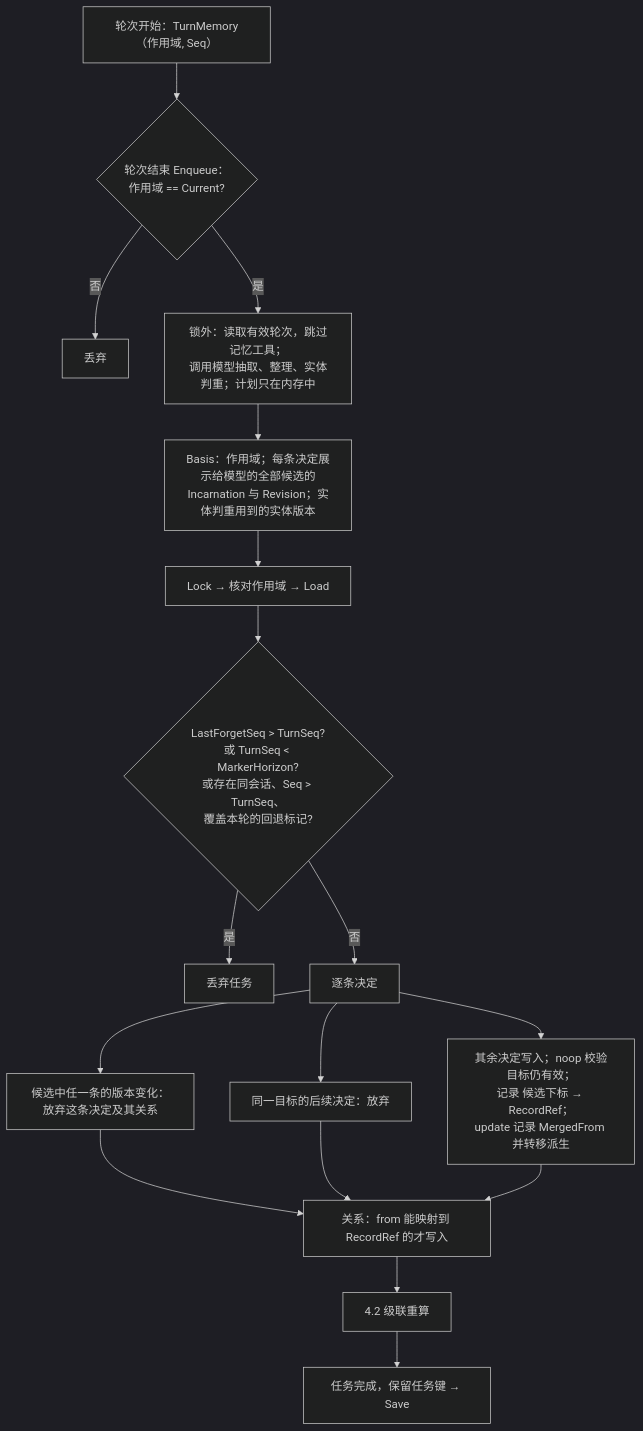
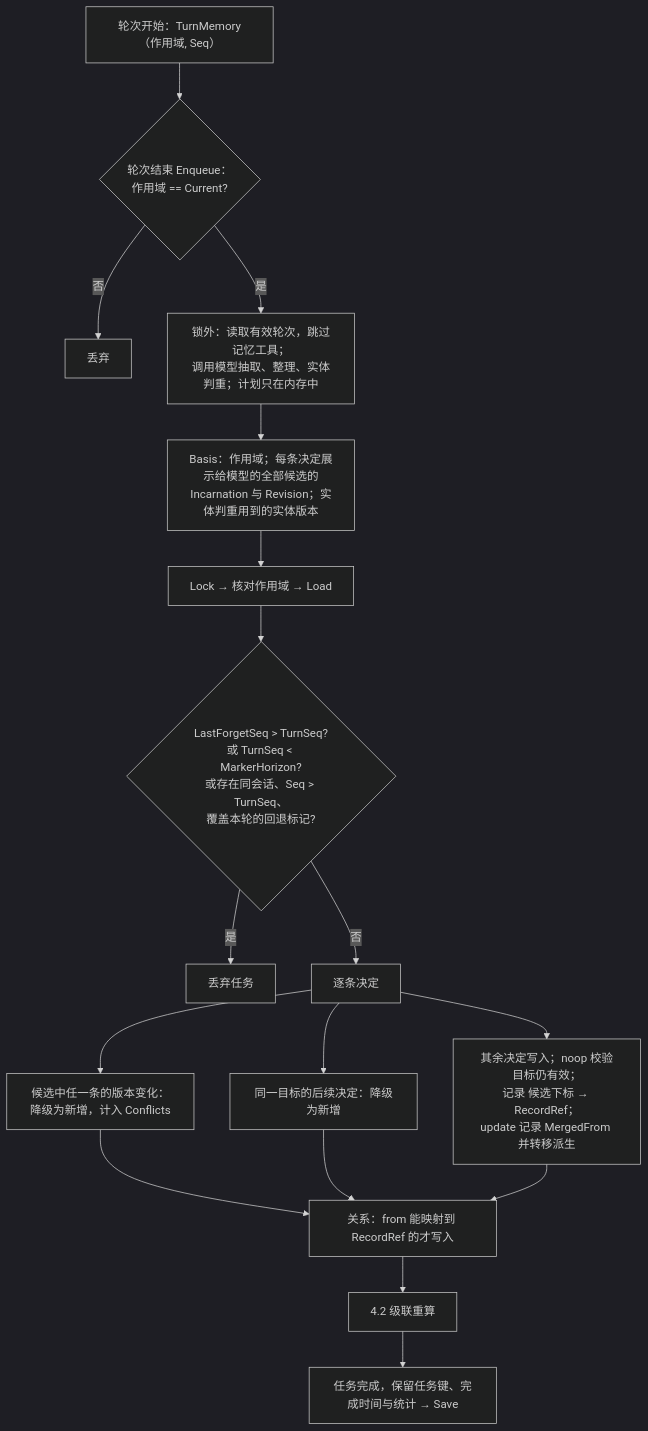
Before and after one commit to kart-io/goagent: the eighth of 9 diagrams in docs/design/MEMORY_GOVERNANCE.md, drawn with Mermaid (dark theme). The commit also changed other lines of this file and 2 other files, not shown here.

````diff
--- a/docs/design/MEMORY_GOVERNANCE.md
+++ b/docs/design/MEMORY_GOVERNANCE.md
@@ -543,19 +543,19 @@
 ```mermaid
 flowchart TB
     T["轮次开始：TurnMemory（作用域, Seq）"] --> EQ{轮次结束 Enqueue：<br/>作用域 == Current?}
     EQ -->|否| DIS0[丢弃]
     EQ -->|是| L[锁外：读取有效轮次，跳过记忆工具；<br/>调用模型抽取、整理、实体判重；计划只在内存中]
     L --> B[Basis：作用域；每条决定展示给模型的全部候选的<br/>Incarnation 与 Revision；实体判重用到的实体版本]
     B --> C[Lock → 核对作用域 → Load]
     C --> F{LastForgetSeq > TurnSeq?<br/>或 TurnSeq < MarkerHorizon?<br/>或存在同会话、Seq > TurnSeq、<br/>覆盖本轮的回退标记?}
     F -->|是| DIS[丢弃任务]
     F -->|否| D[逐条决定]
-    D --> D1[候选中任一条的版本变化：放弃这条决定及其关系]
-    D --> D2[同一目标的后续决定：放弃]
+    D --> D1[候选中任一条的版本变化：降级为新增，计入 Conflicts]
+    D --> D2[同一目标的后续决定：降级为新增]
     D --> D3[其余决定写入；noop 校验目标仍有效；<br/>记录 候选下标 → RecordRef；<br/>update 记录 MergedFrom 并转移派生]
     D1 --> R
     D2 --> R
     D3 --> R
     R[关系：from 能映射到 RecordRef 的才写入] --> CAS[4.2 级联重算]
-    CAS --> DONE[任务完成，保留任务键 → Save]
+    CAS --> DONE[任务完成，保留任务键、完成时间与统计 → Save]
 ```
````
